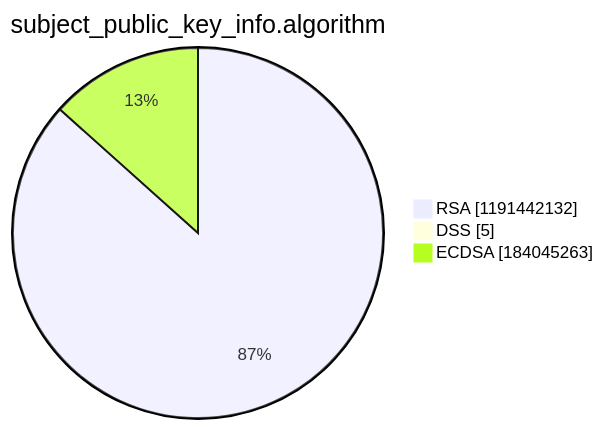
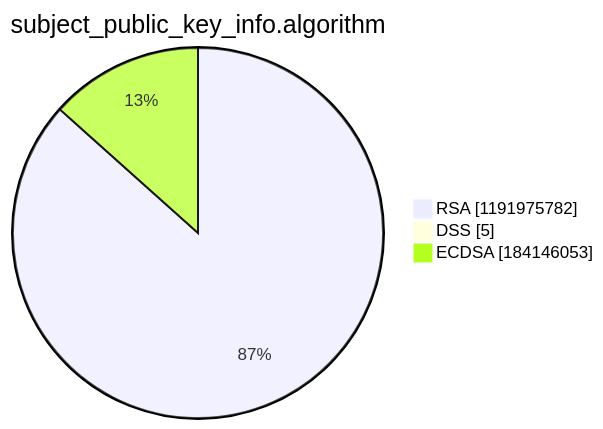
The third of 15 diagrams in argon2022/README.md (christiankrug/ctmonitor_visualization), drawn with Mermaid before and after one commit. The commit also changed other lines of this file, not shown here.

````diff
--- a/argon2022/README.md
+++ b/argon2022/README.md
@@ -14,7 +14,7 @@
 ```mermaid
 pie showData
 title subject_public_key_info.algorithm
-"RSA" :1191442132
+"RSA" :1191975782
 "DSS" :5
-"ECDSA" :184045263
+"ECDSA" :184146053
 ```
````
